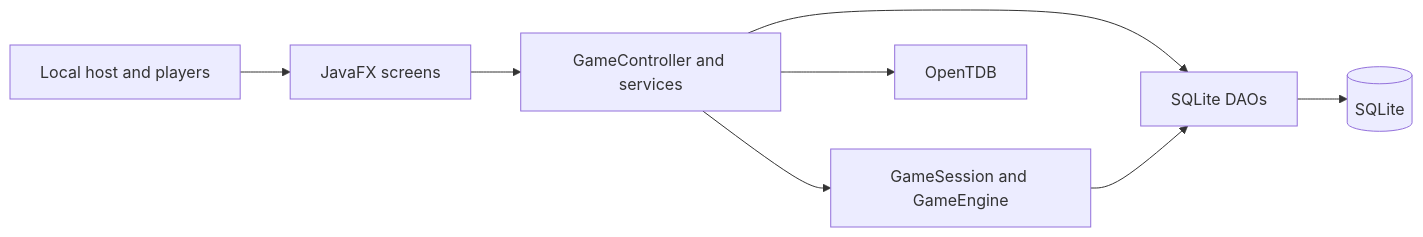
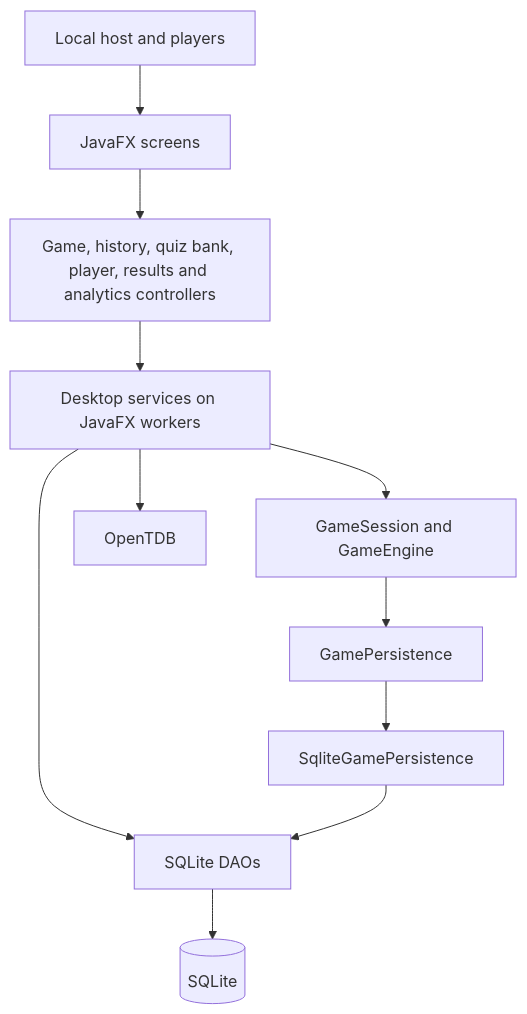
Before and after one commit to daevinsimbajon-web/cpe314-69167-capstone-team-02: the second of 10 diagrams in doc/design-document.md, drawn with Mermaid. The commit also changed other lines of this file and 160 other files, not shown here.

Commit message:
Complete M3 architecture cleanup, code corrections, and final documentation

````diff
--- a/doc/design-document.md
+++ b/doc/design-document.md
@@ -82,10 +122,13 @@
 ```mermaid
-flowchart LR
+flowchart TB
     User["Local host and players"] --> View["JavaFX screens"]
-    View --> Logic["GameController and services"]
-    Logic --> Game["GameSession and GameEngine"]
-    Logic --> DAO["SQLite DAOs"]
-    Game --> DAO
+    View --> Controller["Game, history, quiz bank, player, results and analytics controllers"]
+    Controller --> Service["Desktop services on JavaFX workers"]
+    Service --> Game["GameSession and GameEngine"]
+    Game --> Port["GamePersistence"]
+    Port --> Adapter["SqliteGamePersistence"]
+    Service --> DAO["SQLite DAOs"]
+    Adapter --> DAO
     DAO --> DB[("SQLite")]
-    Logic --> Trivia["OpenTDB"]
+    Service --> Trivia["OpenTDB"]
 ```
````
